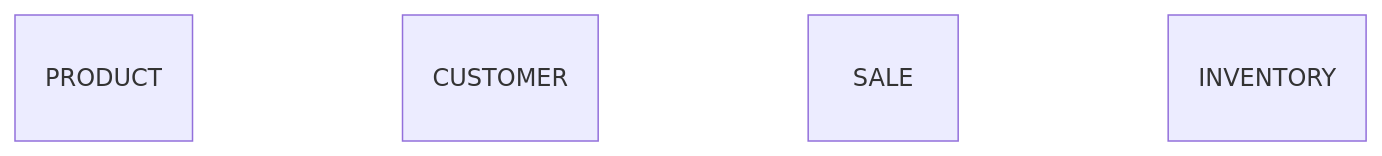
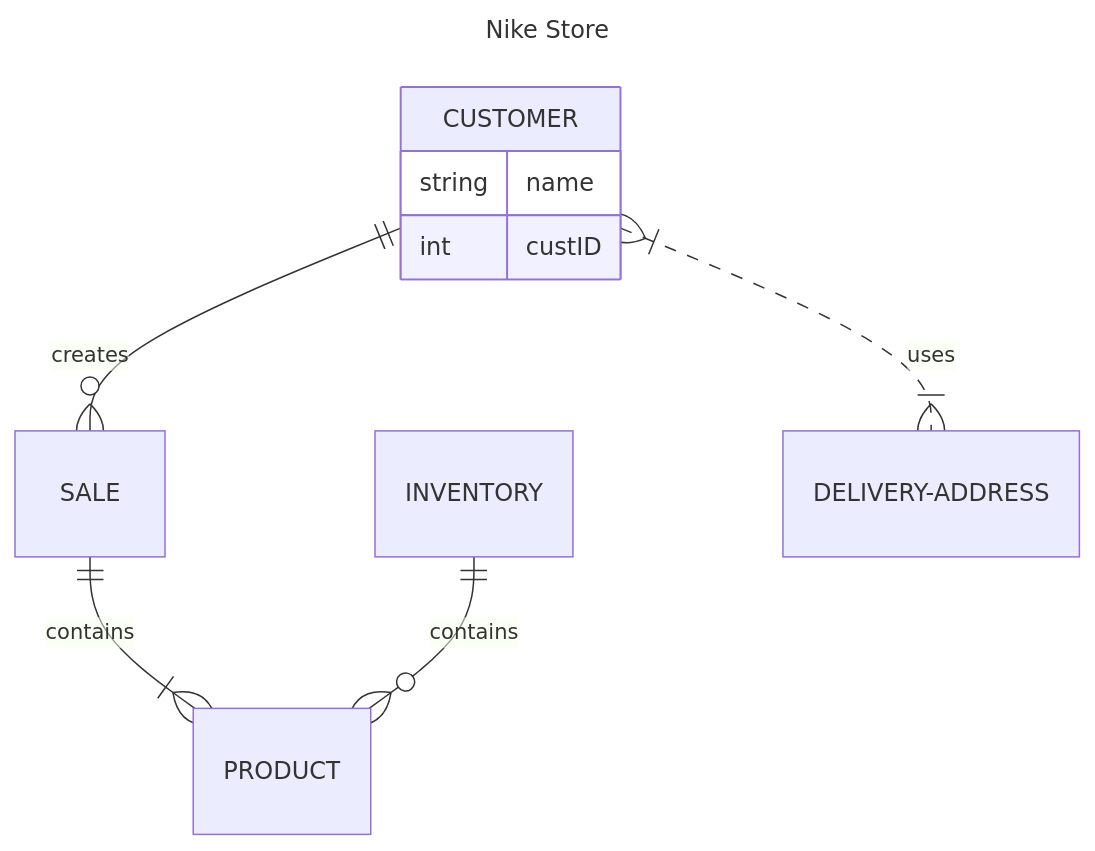
One commit to dball2SP2025/dball2SP2025.github.io changed the diagram in NikeStore_ERD.md. Above: the diagram before and after it, drawn with Mermaid.

````diff
--- a/NikeStore_ERD.md
+++ b/NikeStore_ERD.md
@@ -1,11 +1,25 @@
 ```mermaid
+---
+title: Nike Store
+---
 erDiagram
-PRODUCT {
-}
-CUSTOMER {
-}
-SALE {
-}
-INVENTORY {
-}
+
+    CUSTOMER {
+        string name
+        int custID
+    }
+
+    PRODUCT {
+    }
+
+    SALE {
+    }
+
+    INVENTORY {
+    }
+
+    CUSTOMER ||--o{ SALE : creates
+    CUSTOMER }|..|{ DELIVERY-ADDRESS : uses
+    SALE ||--|{ PRODUCT : contains
+    INVENTORY ||--o{ PRODUCT : contains
 ```
````
